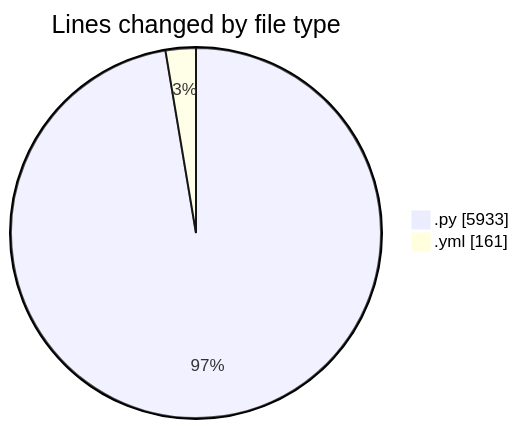
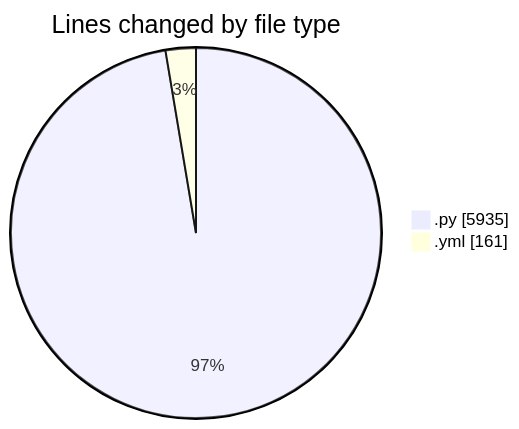
One commit to julien-gomy/code-tracking changed the first of 2 diagrams in 2025-10-15/eventscop-api-guide__workspace_/README.md. Above: the diagram before and after it, drawn with Mermaid. The commit also changed other lines of this file and 1 other file, not shown here.

````diff
--- a/2025-10-15/eventscop-api-guide__workspace_/README.md
+++ b/2025-10-15/eventscop-api-guide__workspace_/README.md
@@ -34,6 +34,6 @@
 ```mermaid
 pie showData
 title Lines changed by file type
-".py" : 5933
+".py" : 5935
 ".yml" : 161
 ```
````
